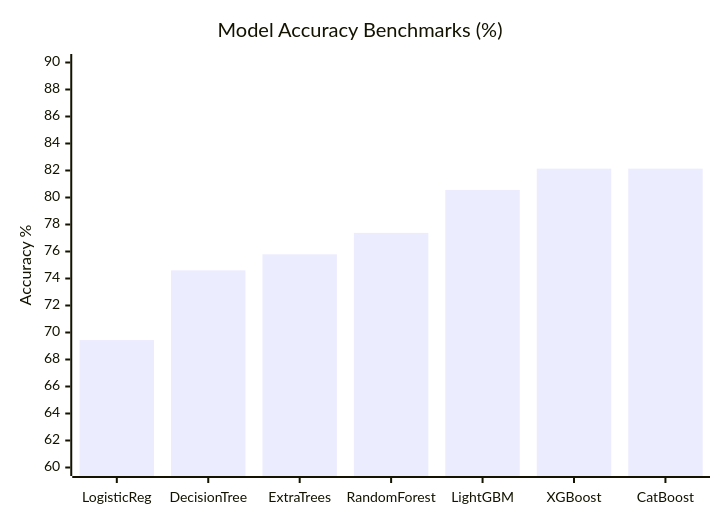
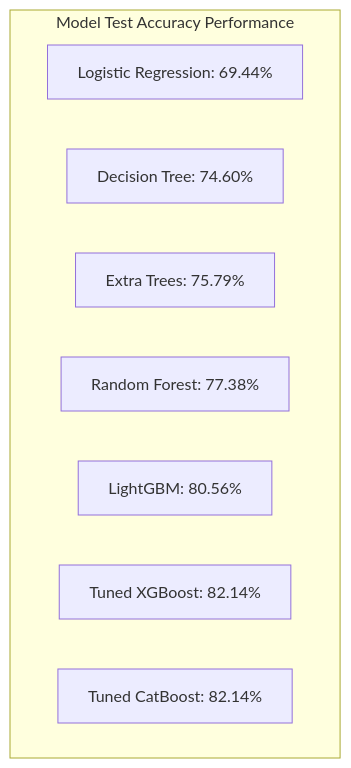
One commit to Garima09-work/workplace-mental-health-predictor changed diagram 19 of 30 in README.md. Above: the diagram before and after it, drawn with Mermaid. The commit also changed other lines of this file, not shown here.

````diff
--- a/README.md
+++ b/README.md
@@ -645,7 +767,12 @@
 ```mermaid
-xychart-beta
-    title "Model Accuracy Benchmarks (%)"
-    x-axis ["LogisticReg", "DecisionTree", "ExtraTrees", "RandomForest", "LightGBM", "XGBoost", "CatBoost"]
-    y-axis "Accuracy %" 60 --> 90
-    bar [69.44, 74.60, 75.79, 77.38, 80.56, 82.14, 82.14]
+flowchart TD
+    subgraph Model Test Accuracy Performance
+        M1["Logistic Regression: 69.44%"]
+        M2["Decision Tree: 74.60%"]
+        M3["Extra Trees: 75.79%"]
+        M4["Random Forest: 77.38%"]
+        M5["LightGBM: 80.56%"]
+        M6["Tuned XGBoost: 82.14%"]
+        M7["Tuned CatBoost: 82.14%"]
+    end
 ```
````
